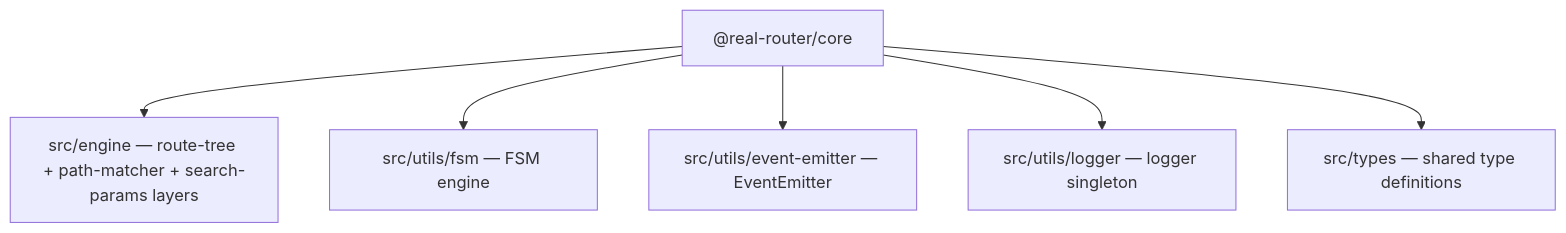
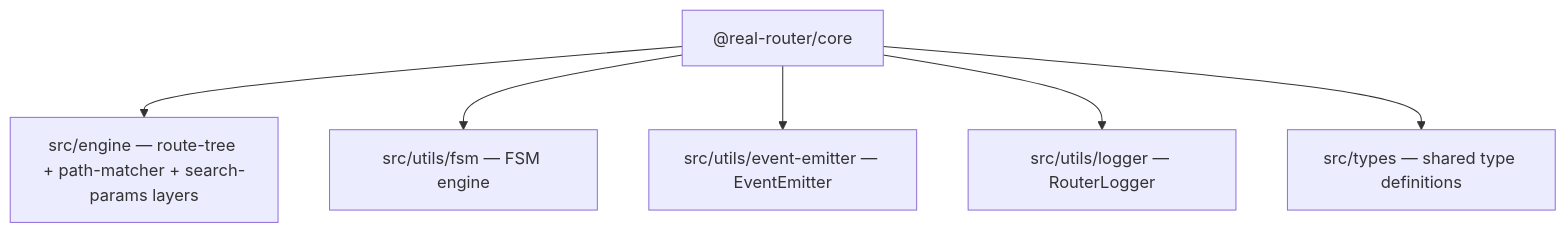
The diagram in packages/core/ARCHITECTURE.md (greydragon888/real-router), drawn with Mermaid before and after one commit. The commit also changed other lines of this file, not shown here.

````diff
--- a/packages/core/ARCHITECTURE.md
+++ b/packages/core/ARCHITECTURE.md
@@ -71,8 +71,8 @@
 ```mermaid
 graph TD
     CORE["@real-router/core"] --> ENGINE["src/engine — route-tree + path-matcher + search-params layers"]
     CORE --> FSM["src/utils/fsm — FSM engine"]
     CORE --> EE["src/utils/event-emitter — EventEmitter"]
-    CORE --> LOG["src/utils/logger — logger singleton"]
+    CORE --> LOG["src/utils/logger — RouterLogger"]
     CORE --> TYPES["src/types — shared type definitions"]
 ```
````
